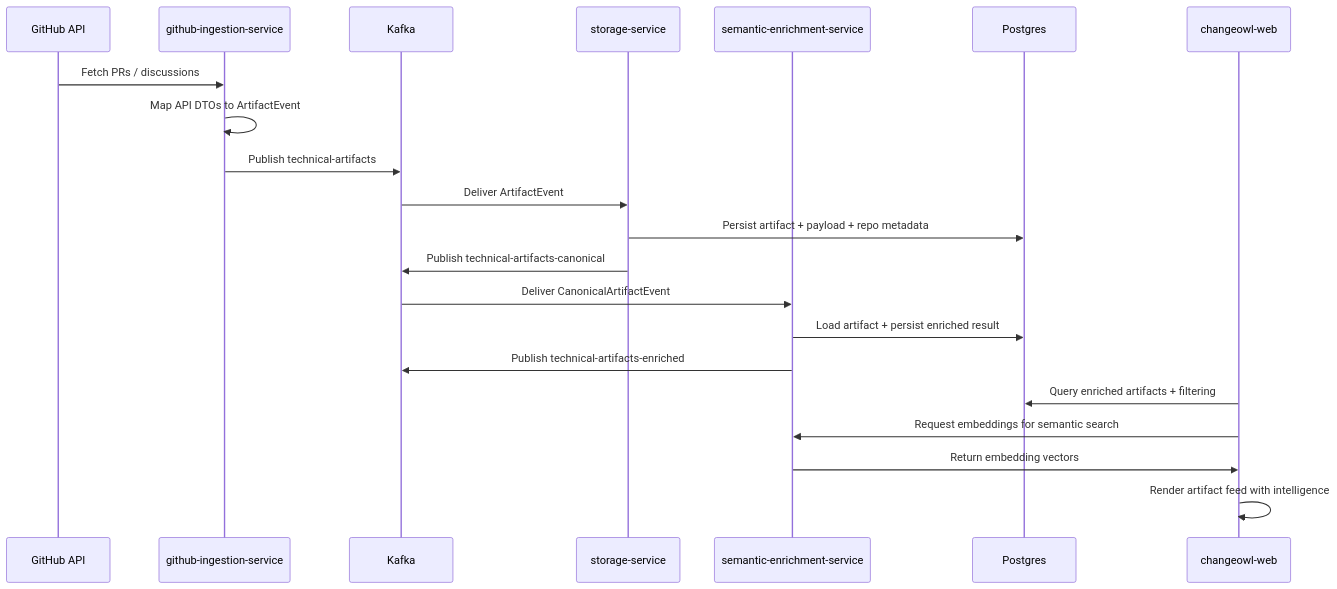
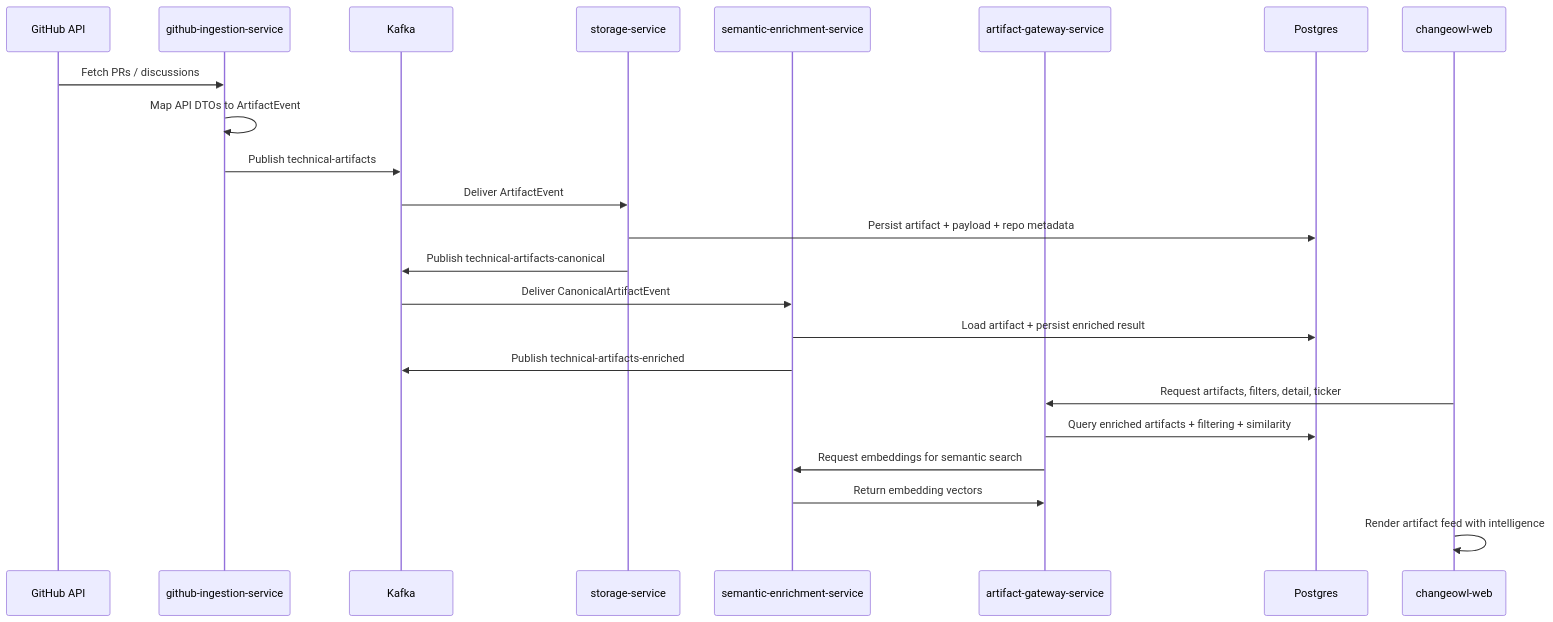
Before and after one commit to sivaanand13/change-owl: the second of 2 diagrams in README.md, drawn with Mermaid. The commit also changed other lines of this file and 62 other files, not shown here.

Commit message:
Developed the artifact-gateway-service, refactored change-owl web to use the gateway service, and retired the drizzle orm on changeowl-web

````diff
--- a/README.md
+++ b/README.md
@@ -72,24 +80,26 @@
 ```mermaid
 sequenceDiagram
 	participant GitHub as GitHub API
 	participant Ingestion as github-ingestion-service
 	participant Kafka as Kafka
 	participant Storage as storage-service
 	participant Semantic as semantic-enrichment-service
+	participant Gateway as artifact-gateway-service
 	participant Postgres as Postgres
 	participant Frontend as changeowl-web
 
 	GitHub->>Ingestion: Fetch PRs / discussions
 	Ingestion->>Ingestion: Map API DTOs to ArtifactEvent
 	Ingestion->>Kafka: Publish technical-artifacts
 	Kafka->>Storage: Deliver ArtifactEvent
 	Storage->>Postgres: Persist artifact + payload + repo metadata
 	Storage->>Kafka: Publish technical-artifacts-canonical
 	Kafka->>Semantic: Deliver CanonicalArtifactEvent
 	Semantic->>Postgres: Load artifact + persist enriched result
 	Semantic->>Kafka: Publish technical-artifacts-enriched
-	Frontend->>Postgres: Query enriched artifacts + filtering
-	Frontend->>Semantic: Request embeddings for semantic search
-	Semantic->>Frontend: Return embedding vectors
+	Frontend->>Gateway: Request artifacts, filters, detail, ticker
+	Gateway->>Postgres: Query enriched artifacts + filtering + similarity
+	Gateway->>Semantic: Request embeddings for semantic search
+	Semantic->>Gateway: Return embedding vectors
 	Frontend->>Frontend: Render artifact feed with intelligence
 ```
````
